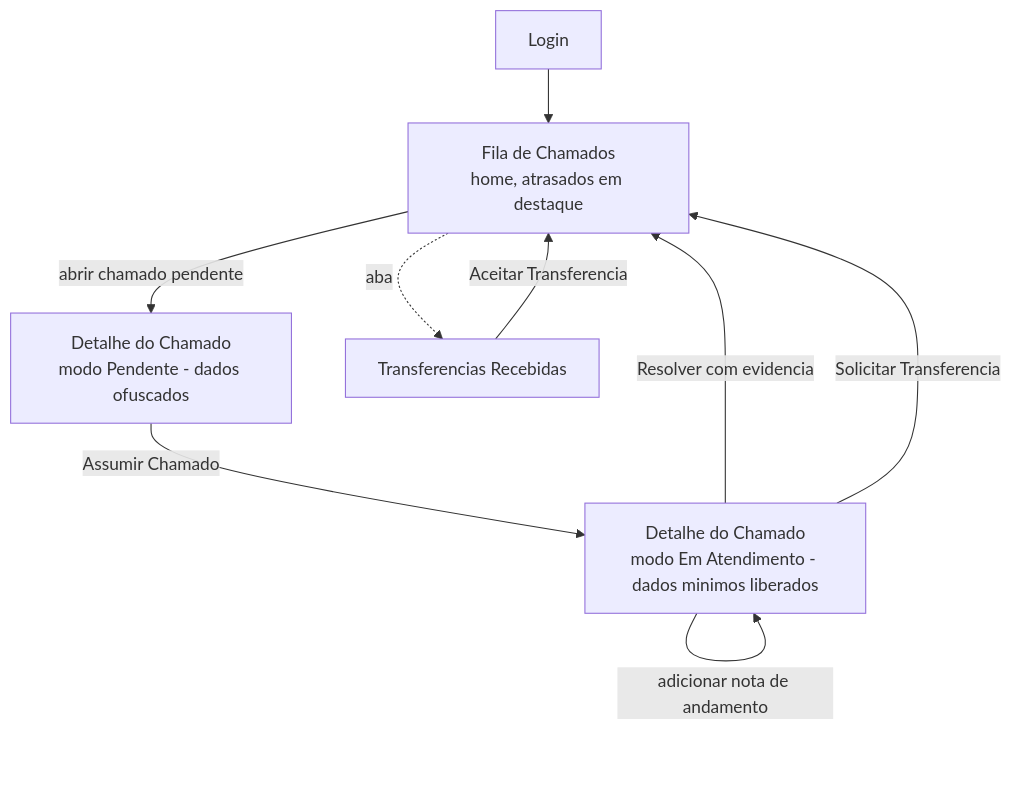
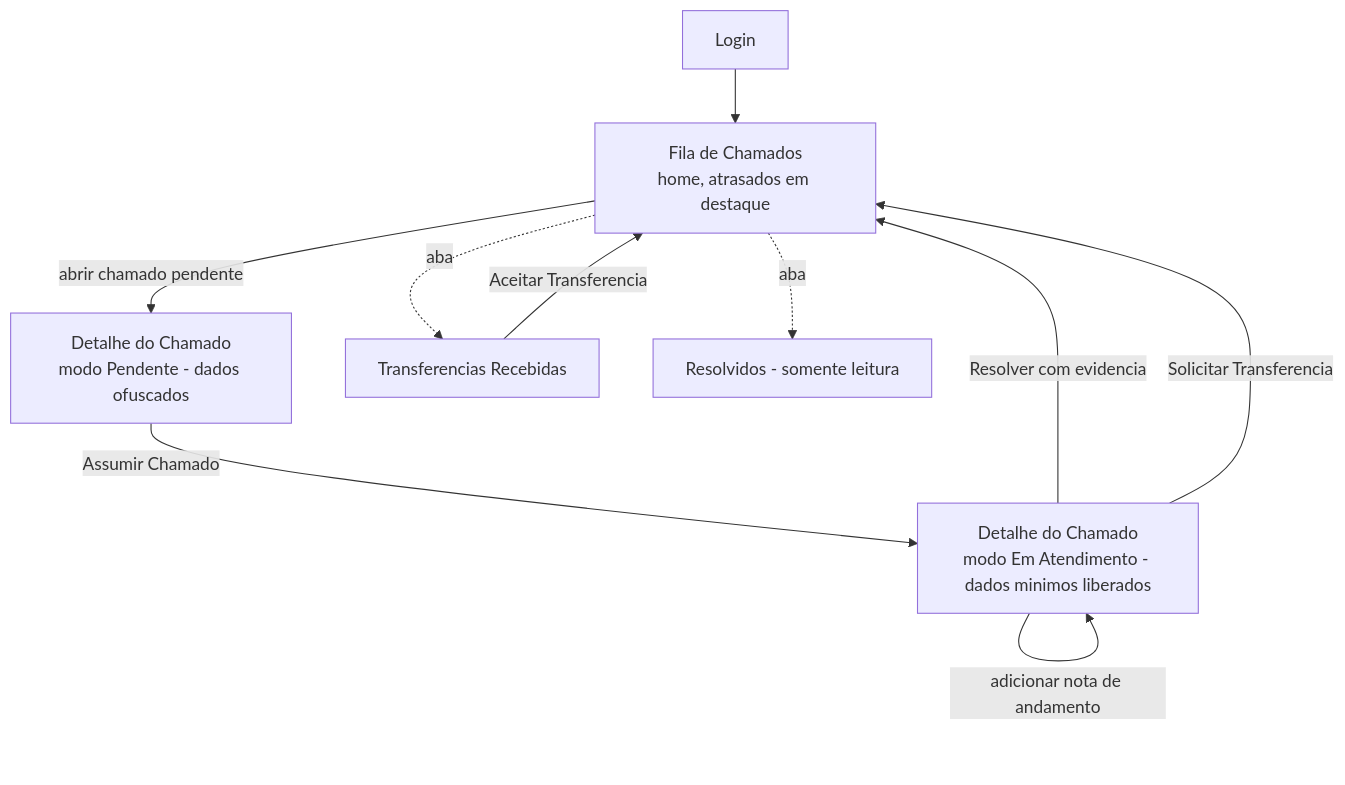
One commit to fabriciomedeiros-dev/SAC changed the diagram in site/docs/04-fluxos-de-navegacao/03-associado.md. Above: the diagram before and after it, drawn with Mermaid. The commit also changed other lines of this file and 16 other files, not shown here.

Commit message:
Atualiza especificacao e roadmap do SAC

````diff
--- a/site/docs/04-fluxos-de-navegacao/03-associado.md
+++ b/site/docs/04-fluxos-de-navegacao/03-associado.md
@@ -12,14 +12,16 @@
 ```mermaid
 flowchart TD
     Login[Login] --> Fila[Fila de Chamados\nhome, atrasados em destaque]
 
     Fila -->|abrir chamado pendente| DetPend[Detalhe do Chamado\nmodo Pendente - dados ofuscados]
     DetPend -->|Assumir Chamado| DetAtend[Detalhe do Chamado\nmodo Em Atendimento - dados minimos liberados]
 
     DetAtend -->|adicionar nota de andamento| DetAtend
     DetAtend -->|Resolver com evidencia| Fila
     DetAtend -->|Solicitar Transferencia| Fila
 
     Fila -.aba.-> Transf[Transferencias Recebidas]
     Transf -->|Aceitar Transferencia| Fila
+
+    Fila -.aba.-> Resolvidos[Resolvidos - somente leitura]
 ```
````
